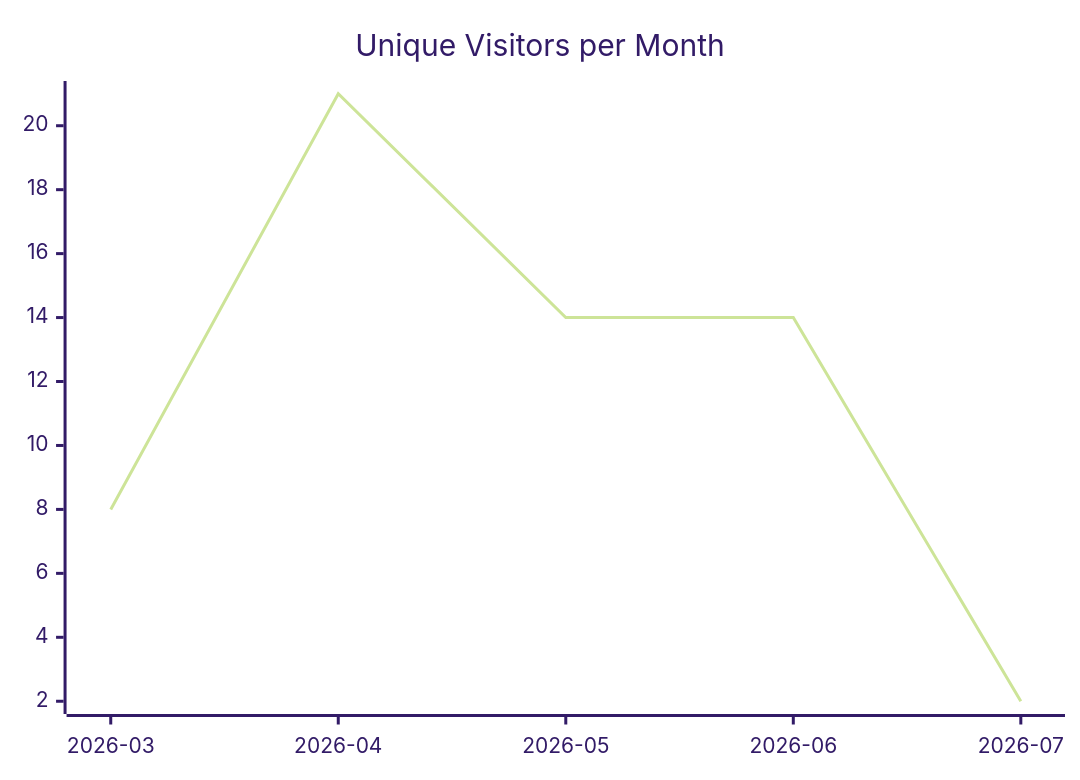
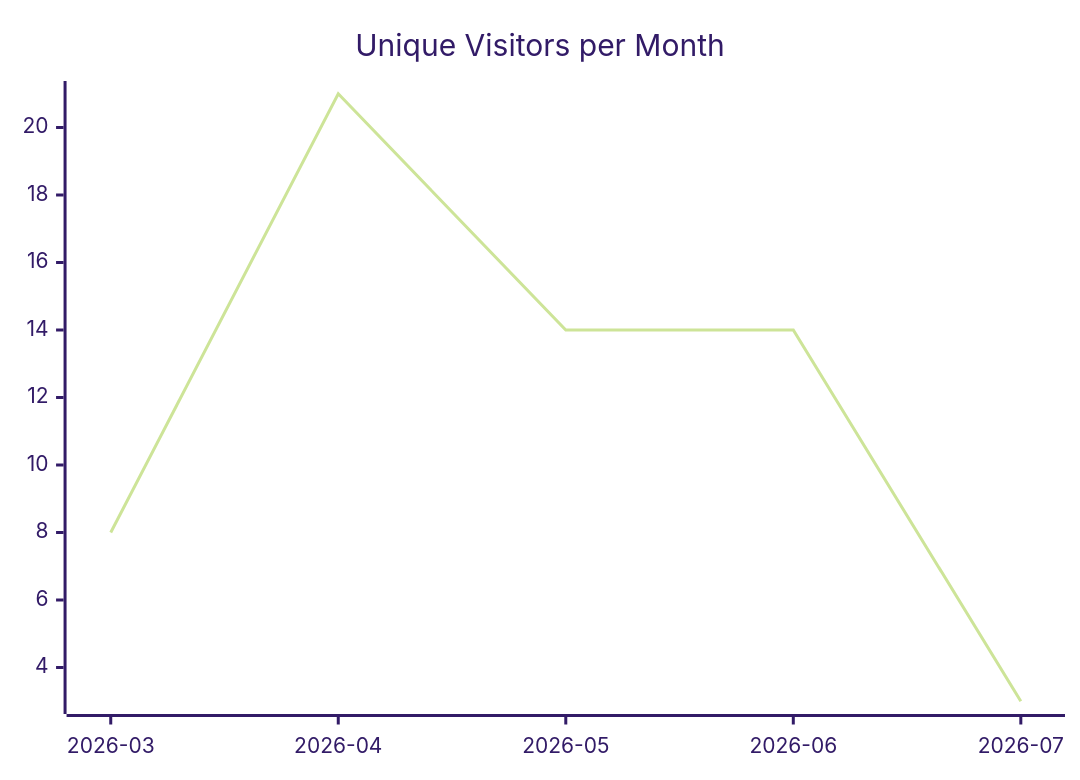
Before and after one commit to justdavis-family/github-analytics-data: the first of 3 diagrams in karlmdavis/ksoap2-android/README.md, drawn with Mermaid (forest theme). The commit also changed other lines of this file and 166 other files, not shown here.

````diff
--- a/karlmdavis/ksoap2-android/README.md
+++ b/karlmdavis/ksoap2-android/README.md
@@ -5,6 +5,6 @@
 ```mermaid
 xychart-beta
   title "Unique Visitors per Month"
   x-axis ["2026-03", "2026-04", "2026-05", "2026-06", "2026-07"]
-  line [8, 21, 14, 14, 2]
+  line [8, 21, 14, 14, 3]
 ```
````
